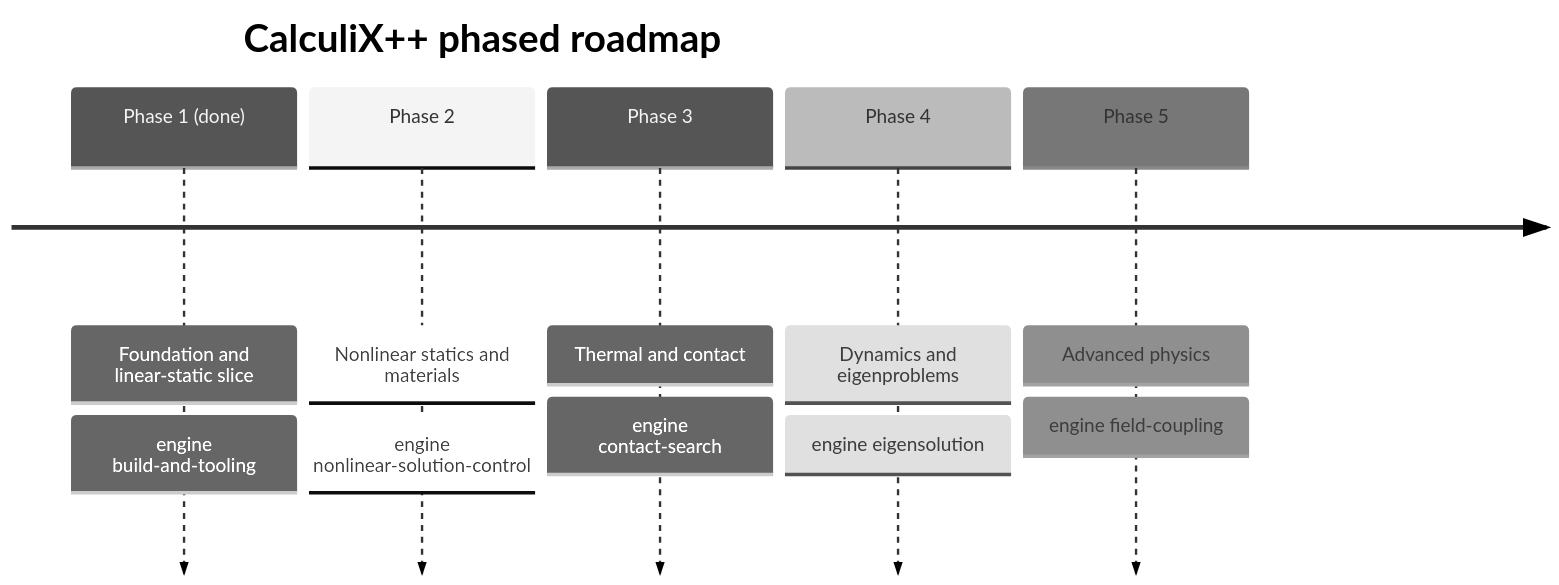
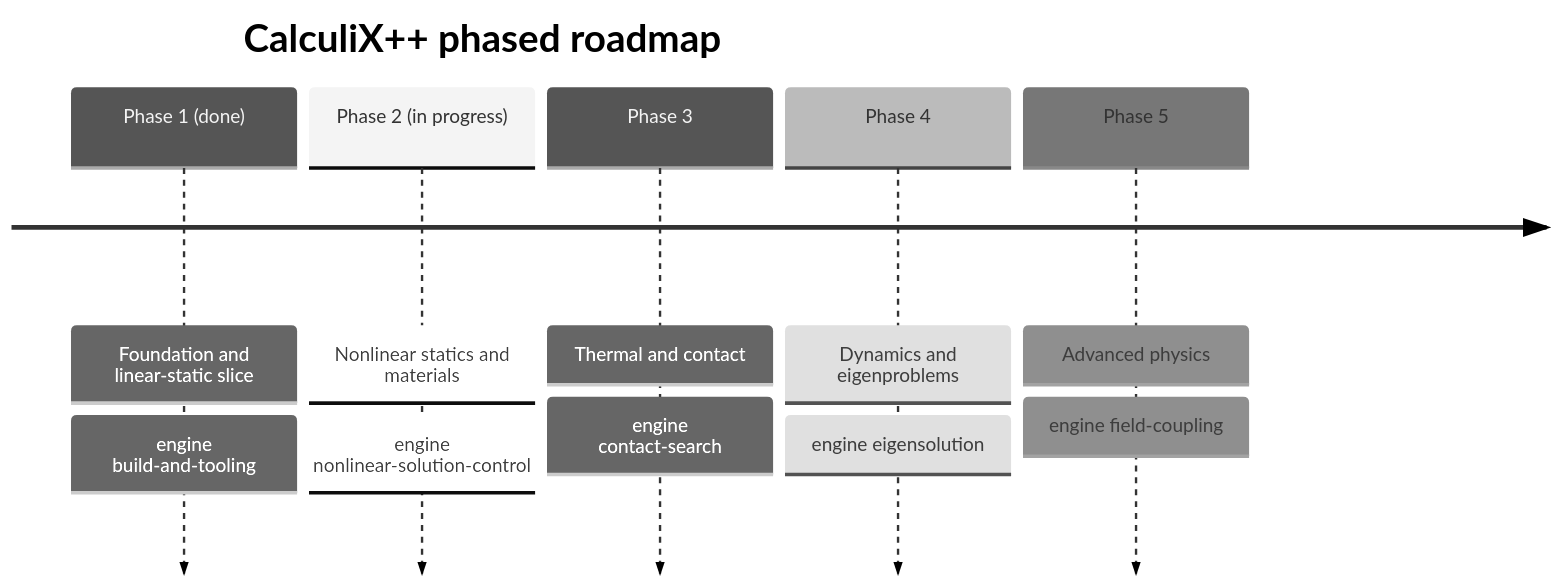
Before and after one commit to CyberdyneCorp/CalculixPP: the fourth of 4 diagrams in README.md, drawn with Mermaid (neutral theme). The commit also changed other lines of this file and 6 other files, not shown here.

````diff
--- a/README.md
+++ b/README.md
@@ -157,9 +232,9 @@
 ```mermaid
 timeline
   title CalculiX++ phased roadmap
   Phase 1 (done) : Foundation and linear-static slice : engine build-and-tooling
-  Phase 2 : Nonlinear statics and materials : engine nonlinear-solution-control
+  Phase 2 (in progress) : Nonlinear statics and materials : engine nonlinear-solution-control
   Phase 3 : Thermal and contact : engine contact-search
   Phase 4 : Dynamics and eigenproblems : engine eigensolution
   Phase 5 : Advanced physics : engine field-coupling
 ```
````
